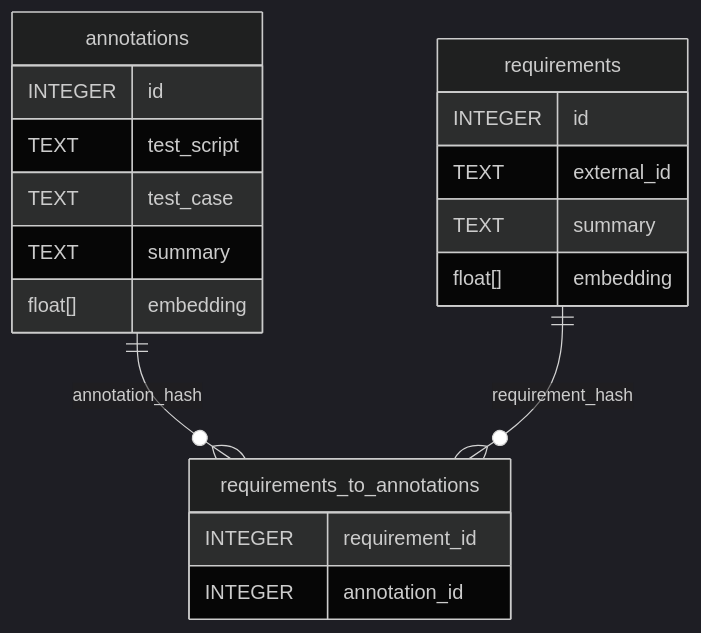
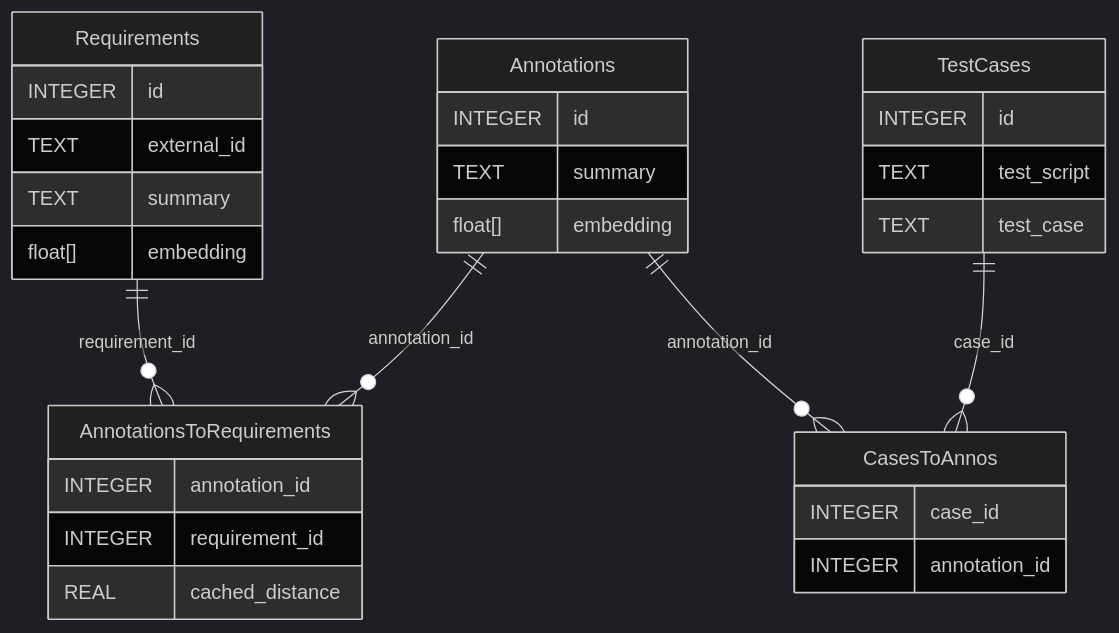
The diagram in README.md (exactpro/test2text), drawn with Mermaid (dark theme) before and after one commit. The commit also changed other lines of this file, not shown here.

````diff
--- a/README.md
+++ b/README.md
@@ -8,24 +29,33 @@
 ```mermaid
 erDiagram
-    annotations {
+    Annotations {
         INTEGER id
-        TEXT test_script
-        TEXT test_case
         TEXT summary
         float[] embedding
     }
-    requirements {
+    Requirements {
         INTEGER id
         TEXT external_id
         TEXT summary
         float[] embedding
     }
-    
-    requirements_to_annotations {
+    AnnotationsToRequirements {
+        INTEGER annotation_id
         INTEGER requirement_id
+        REAL cached_distance
+    }
+    TestCases {
+        INTEGER id
+        TEXT test_script
+        TEXT test_case
+    }
+    CasesToAnnos {
+        INTEGER case_id
         INTEGER annotation_id
     }
-    
-    annotations ||--o{ requirements_to_annotations : annotation_hash
-    requirements ||--o{ requirements_to_annotations : requirement_hash
+
+    Requirements ||--o{ AnnotationsToRequirements : requirement_id
+    Annotations ||--o{ AnnotationsToRequirements : annotation_id
+    TestCases ||--o{ CasesToAnnos : case_id
+    Annotations ||--o{ CasesToAnnos : annotation_id
 ```
````
